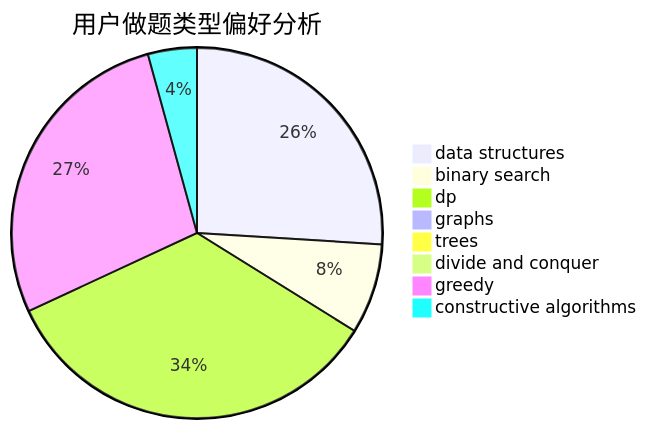
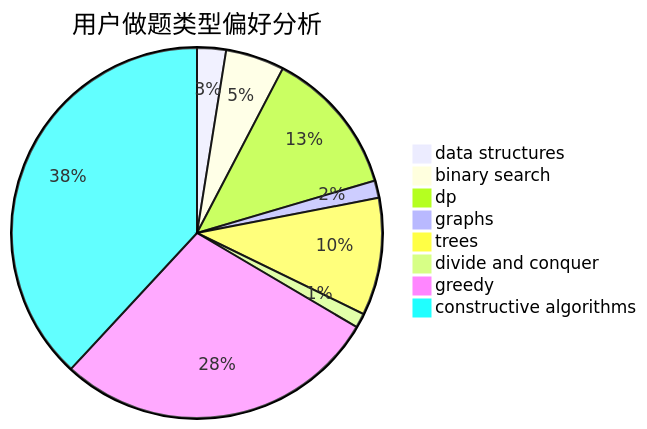
One commit to sherpahu/cfrs.github.io changed the second of 3 diagrams in docs/user/u1457.md. Above: the diagram before and after it, drawn with Mermaid. The commit also changed other lines of this file and 2770 other files, not shown here.

````diff
--- a/docs/user/u1457.md
+++ b/docs/user/u1457.md
@@ -23,11 +23,11 @@
 ```mermaid
 pie title 用户做题类型偏好分析
-    "data structures" :  548
-    "binary search" :  166
-    "dp" :  722
-    "graphs" :  14
-    "trees" :  0
-    "divide and conquer" :  21
-    "greedy" :  583
-    "constructive algorithms" :  90
+    "data structures" :  30
+    "binary search" :  61
+    "dp" :  152
+    "graphs" :  18
+    "trees" :  122
+    "divide and conquer" :  15
+    "greedy" :  338
+    "constructive algorithms" :  453
 ```
````
